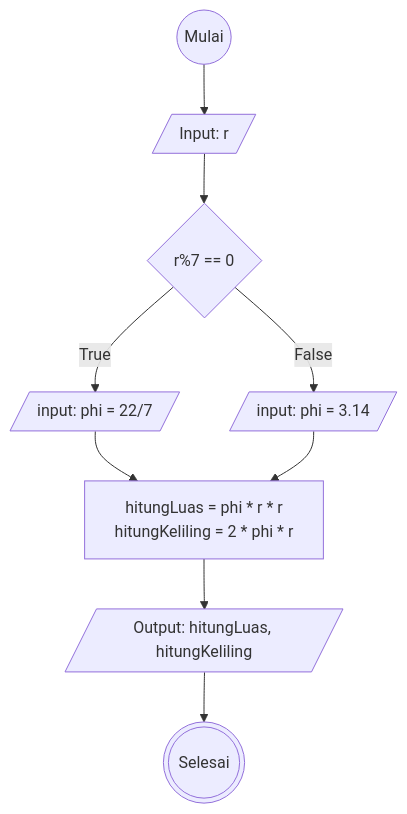
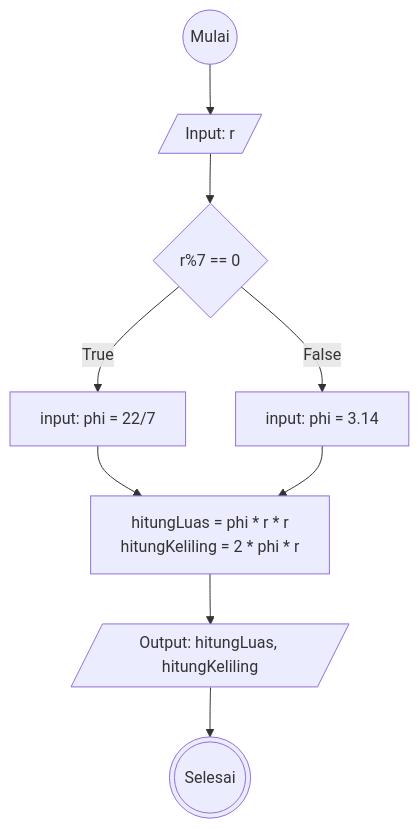
One commit to mslthn/koda-b6-algoritma changed the diagram in flowchart-luas-keliling-lingkaran.md. Above: the diagram before and after it, drawn with Mermaid.

````diff
--- a/flowchart-luas-keliling-lingkaran.md
+++ b/flowchart-luas-keliling-lingkaran.md
@@ -1,17 +1,17 @@
 ```mermaid
 flowchart TD
     mulai@{ shape: circ, label: "Mulai"}
     input@{ shape: lean-r, label: "Input: r"}
     if@{shape: diamond, label: "r%7 == 0"}
-    inP7@{ shape: lean-r, label: "input: phi = 22/7"}
-    inP3@{ shape: lean-r, label: "input: phi = 3.14"}
-    pros@{ shape: rect, label: "hitungLuas = phi * r * r
+    inP7@{shape: rect, label: "input: phi = 22/7"}
+    inP3@{ shape: rect, label: "input: phi = 3.14"}
+    hitung@{ shape: rect, label: "hitungLuas = phi * r * r
     hitungKeliling = 2 * phi * r"}
     out@{ shape: lean-r, label: "Output: hitungLuas, hitungKeliling"}
     selesai@{ shape: dbl-circ, label: "Selesai"}
     
 mulai-->input-->if
-if-->|True| inP7-->pros
-if-->|False| inP3-->pros
-pros-->out-->selesai
+if-->|True| inP7-->hitung
+if-->|False| inP3-->hitung
+hitung-->out-->selesai
 ```
````
